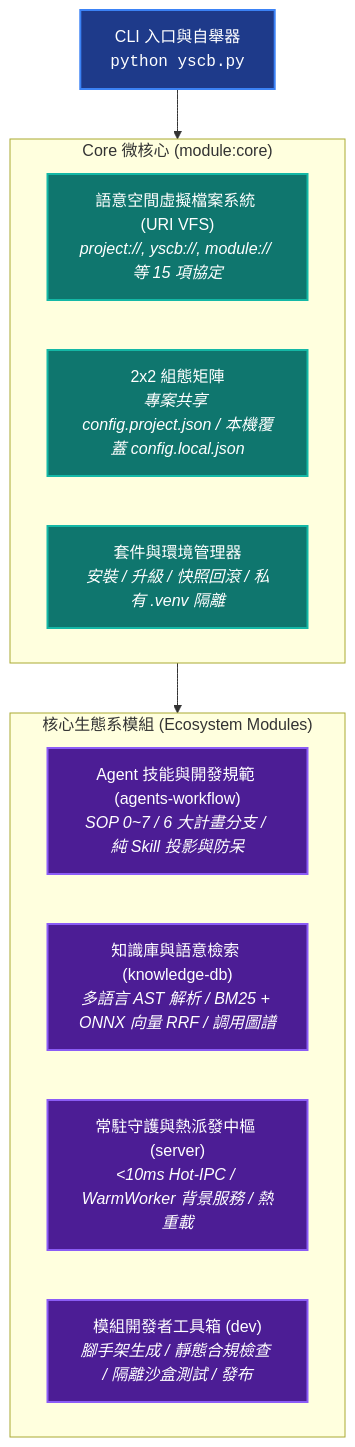
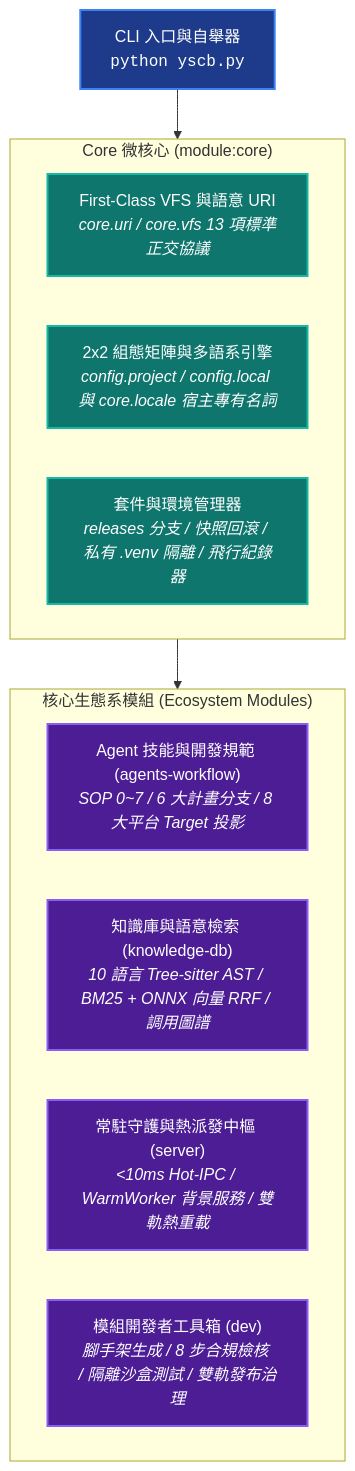
One commit to ysnaive/ys-codebase changed the diagram in README.md. Above: the diagram before and after it, drawn with Mermaid. The commit also changed other lines of this file and 20 other files, not shown here.

Commit message:
chore(release): align README/dev guides, support @build source bootstrap, and release core@1.2.1.1 / dev@1.1.3.1

````diff
--- a/README.md
+++ b/README.md
@@ -15,24 +15,24 @@
 ```mermaid
 graph TD
     classDef host fill:#1e3a8a,stroke:#3b82f6,stroke-width:2px,color:#fff;
     classDef core fill:#0f766e,stroke:#14b8a6,stroke-width:2px,color:#fff;
     classDef mod fill:#4c1d95,stroke:#8b5cf6,stroke-width:2px,color:#fff;
 
     Host["CLI 入口與自舉器<br/><code>python yscb.py</code>"]:::host
 
     subgraph Kernel ["Core 微核心 (module:core)"]
-        URI["語意空間虛擬檔案系統 (URI VFS)<br/><i>project://, yscb://, module:// 等 15 項協定</i>"]:::core
-        Config["2x2 組態矩陣<br/><i>專案共享 config.project.json / 本機覆蓋 config.local.json</i>"]:::core
-        Installer["套件與環境管理器<br/><i>安裝 / 升級 / 快照回滾 / 私有 .venv 隔離</i>"]:::core
+        URI["First-Class VFS 與語意 URI<br/><i>core.uri / core.vfs 13 項標準正交協議</i>"]:::core
+        Config["2x2 組態矩陣與多語系引擎<br/><i>config.project / config.local 與 core.locale 宿主專有名詞</i>"]:::core
+        Installer["套件與環境管理器<br/><i>releases 分支 / 快照回滾 / 私有 .venv 隔離 / 飛行紀錄器</i>"]:::core
     end
 
     subgraph Ecosystem ["核心生態系模組 (Ecosystem Modules)"]
-        Workflow["Agent 技能與開發規範 (agents-workflow)<br/><i>SOP 0~7 / 6 大計畫分支 / 純 Skill 投影與防呆</i>"]:::mod
-        Knowledge["知識庫與語意檢索 (knowledge-db)<br/><i>多語言 AST 解析 / BM25 + ONNX 向量 RRF / 調用圖譜</i>"]:::mod
-        Server["常駐守護與熱派發中樞 (server)<br/><i>&lt;10ms Hot-IPC / WarmWorker 背景服務 / 熱重載</i>"]:::mod
-        Dev["模組開發者工具箱 (dev)<br/><i>腳手架生成 / 靜態合規檢查 / 隔離沙盒測試 / 發布</i>"]:::mod
+        Workflow["Agent 技能與開發規範 (agents-workflow)<br/><i>SOP 0~7 / 6 大計畫分支 / 8 大平台 Target 投影</i>"]:::mod
+        Knowledge["知識庫與語意檢索 (knowledge-db)<br/><i>10 語言 Tree-sitter AST / BM25 + ONNX 向量 RRF / 調用圖譜</i>"]:::mod
+        Server["常駐守護與熱派發中樞 (server)<br/><i>&lt;10ms Hot-IPC / WarmWorker 背景服務 / 雙軌熱重載</i>"]:::mod
+        Dev["模組開發者工具箱 (dev)<br/><i>腳手架生成 / 8 步合規檢核 / 隔離沙盒測試 / 雙軌發布治理</i>"]:::mod
     end
 
     Host --> Kernel
     Kernel --> Ecosystem
 ```
````
